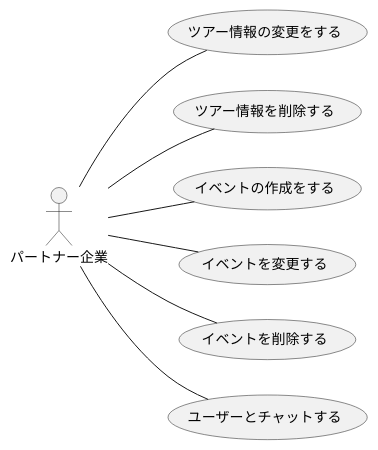
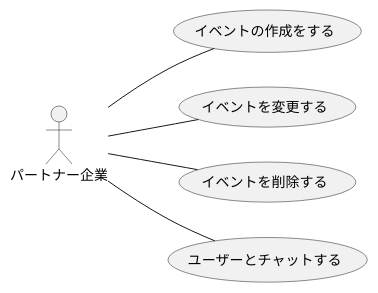
The second of 2 diagrams in F_usecase_client.plantuml (ksw2270227/GroupF), drawn with PlantUML before and after one commit. The commit also changed other lines of this file and 2 other files, not shown here.

```diff
--- a/F_usecase_client.plantuml
+++ b/F_usecase_client.plantuml
@@ -13,13 +11,11 @@
 @startuml パートナー企業_usecase(2)
 left to right direction
 actor パートナー企業
 
-パートナー企業 -- (ツアー情報の変更をする)
-パートナー企業 -- (ツアー情報を削除する)
 パートナー企業 -- (イベントの作成をする)
 パートナー企業 -- (イベントを変更する)
 パートナー企業 -- (イベントを削除する)
 パートナー企業 -- (ユーザーとチャットする)
 
 
 @enduml
```
